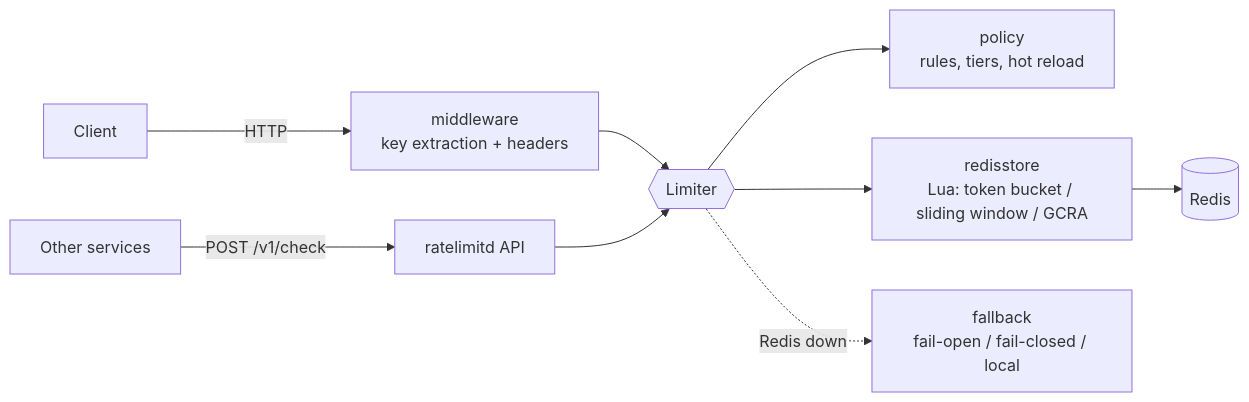
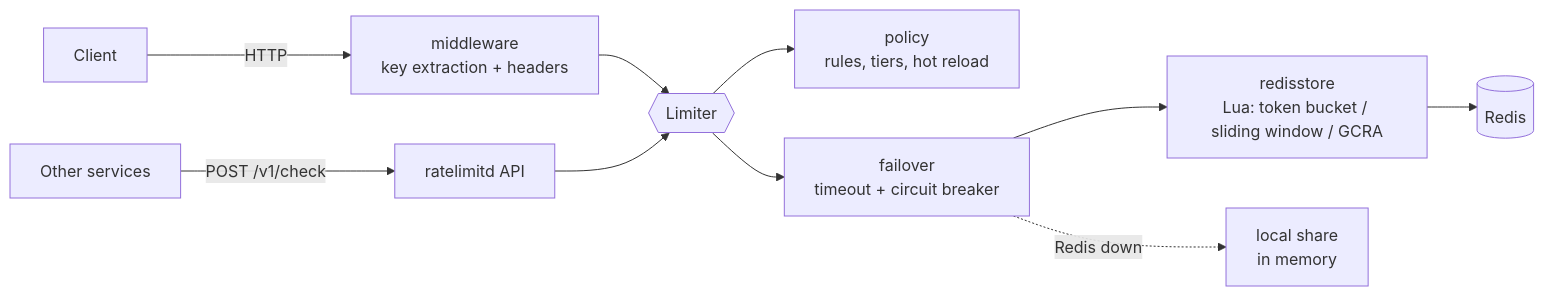
The first of 2 diagrams in README.md (Nguyenngoctruong274/go-ratelimiter), drawn with Mermaid before and after one commit. The commit also changed other lines of this file, not shown here.

First line of the commit message:
docs: explain failure handling and the breaker states

````diff
--- a/README.md
+++ b/README.md
@@ -36,10 +36,11 @@
 ```mermaid
 flowchart LR
     C[Client] -->|HTTP| MW[middleware<br/>key extraction + headers]
     MW --> L{{Limiter}}
     S[Other services] -->|POST /v1/check| API[ratelimitd API] --> L
     L --> P[policy<br/>rules, tiers, hot reload]
-    L --> RS[redisstore<br/>Lua: token bucket / sliding window / GCRA]
+    L --> FO[failover<br/>timeout + circuit breaker]
+    FO --> RS[redisstore<br/>Lua: token bucket / sliding window / GCRA]
     RS --> R[(Redis)]
-    L -. Redis down .-> FB[fallback<br/>fail-open / fail-closed / local]
+    FO -. Redis down .-> FB[local share<br/>in memory]
 ```
````
